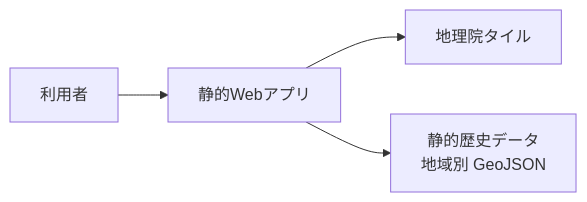
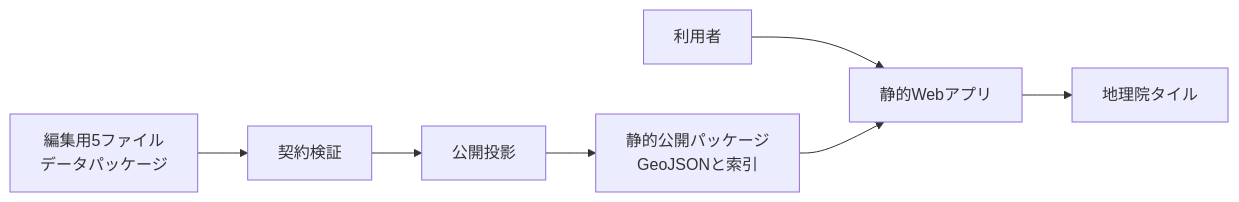
One commit to ywatase/chronomap changed the diagram in docs/architecture/overview.md. Above: the diagram before and after it, drawn with Mermaid. The commit also changed other lines of this file and 5 other files, not shown here.

````diff
--- a/docs/architecture/overview.md
+++ b/docs/architecture/overview.md
@@ -11,6 +11,9 @@
 ```mermaid
 flowchart LR
+  W[編集用5ファイル<br/>データパッケージ] --> V[契約検証]
+  V --> P[公開投影]
+  P --> D[静的公開パッケージ<br/>GeoJSONと索引]
   U[利用者] --> A[静的Webアプリ]
   A --> G[地理院タイル]
-  A --> D[静的歴史データ<br/>地域別 GeoJSON]
+  D --> A
 ```
````
